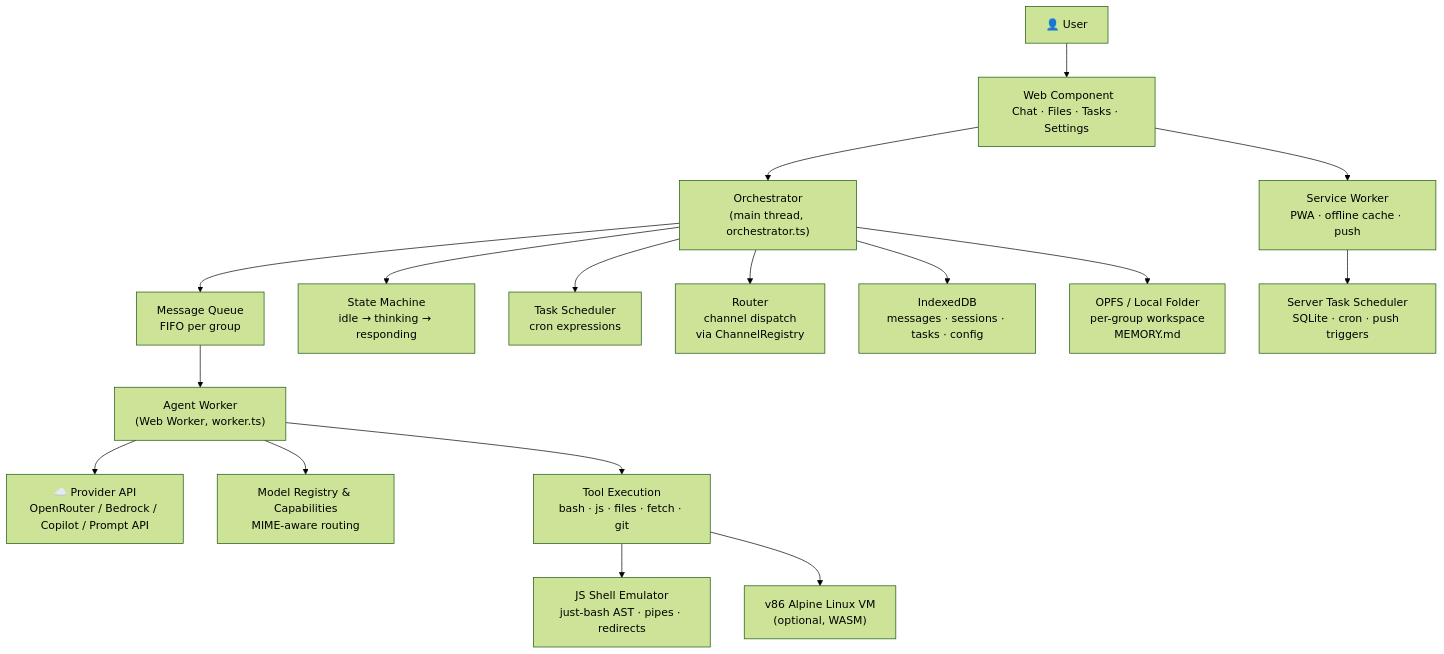
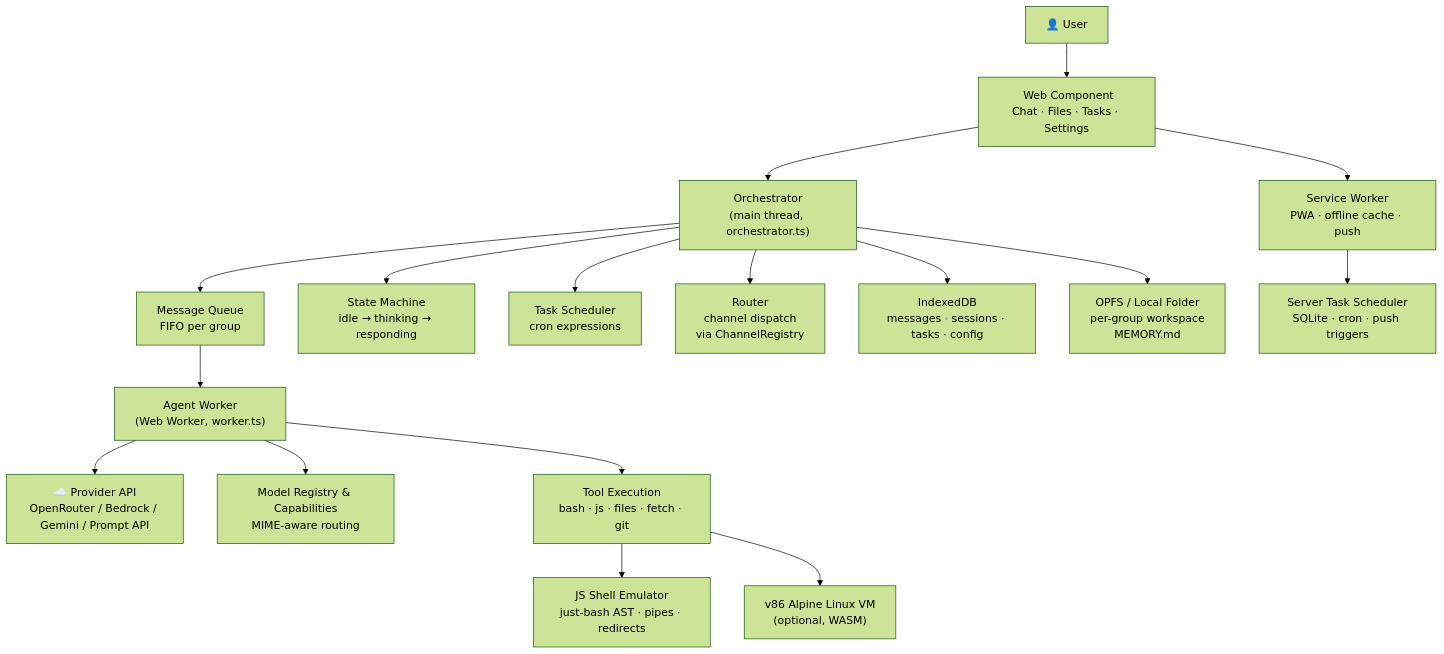
One commit to xt-ml/shadow-claw changed the first of 3 diagrams in docs/architecture/overview.md. Above: the diagram before and after it, drawn with Mermaid (forest theme). The commit also changed other lines of this file and 124 other files, not shown here.

````diff
--- a/docs/architecture/overview.md
+++ b/docs/architecture/overview.md
@@ -31,19 +31,19 @@
 ```mermaid
 graph TD
   User["👤 User"] --> UI["<shadow-claw> Web Component<br>Chat · Files · Tasks · Settings"]
   UI --> Orchestrator["Orchestrator<br>(main thread, orchestrator.ts)"]
   Orchestrator --> MessageQueue["Message Queue<br>FIFO per group"]
   Orchestrator --> StateFSM["State Machine<br>idle → thinking → responding"]
   Orchestrator --> TaskScheduler["Task Scheduler<br>cron expressions"]
   Orchestrator --> Router["Router<br>channel dispatch<br>via ChannelRegistry"]
   MessageQueue --> Worker["Agent Worker<br>(Web Worker, worker.ts)"]
-  Worker --> Provider["☁️ Provider API<br>OpenRouter / Bedrock / Copilot / Prompt API"]
+  Worker --> Provider["☁️ Provider API<br>OpenRouter / Bedrock / Gemini / Prompt API"]
   Worker --> Capabilities["Model Registry & Capabilities<br>MIME-aware routing"]
   Worker --> ToolExec["Tool Execution<br>bash · js · files · fetch · git"]
   ToolExec --> JSShell["JS Shell Emulator<br>just-bash AST · pipes · redirects"]
   ToolExec --> WebVM["v86 Alpine Linux VM<br>(optional, WASM)"]
   Orchestrator --> IndexedDB["IndexedDB<br>messages · sessions · tasks · config"]
   Orchestrator --> OPFS["OPFS / Local Folder<br>per-group workspace<br>MEMORY.md"]
   UI --> ServiceWorker["Service Worker<br>PWA · offline cache · push"]
   ServiceWorker --> ServerScheduler["Server Task Scheduler<br>SQLite · cron · push triggers"]
 ```
````
